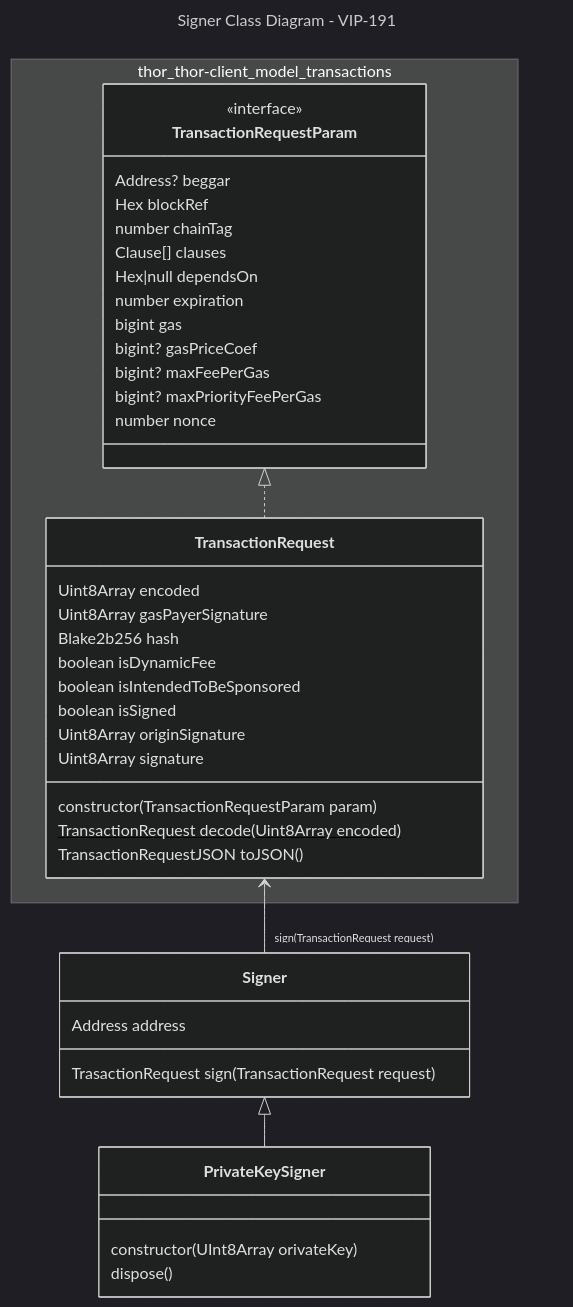
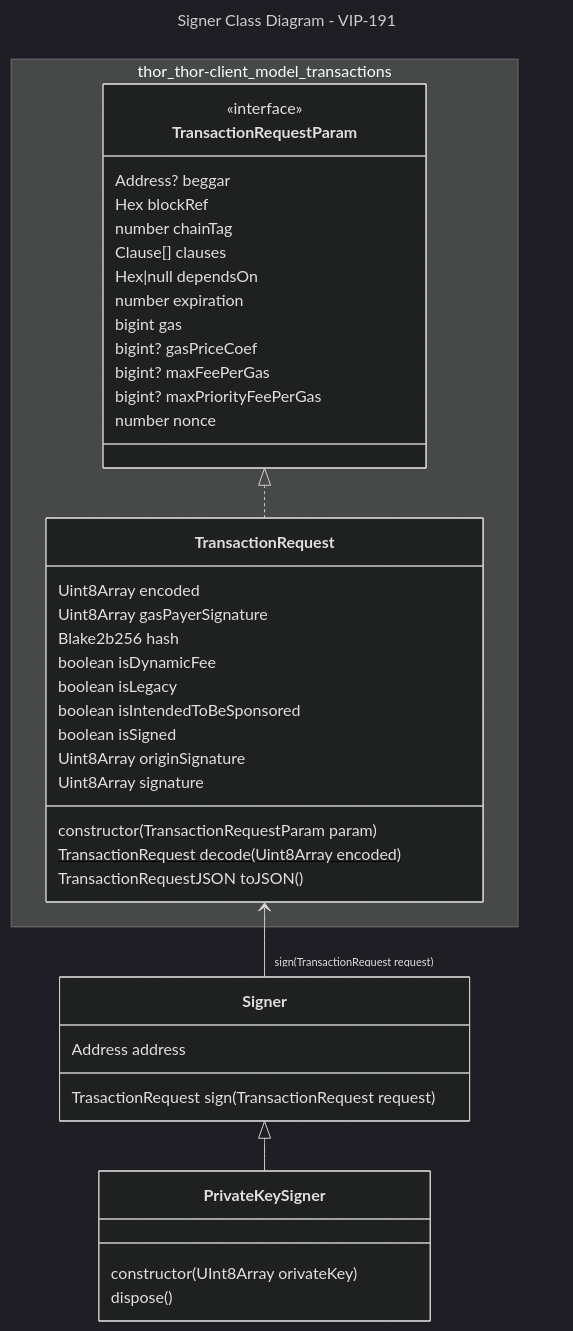
The diagram in docs/thorest/thor/signer/signer_class.mmd (vechain/vechain-sdk-js), drawn with Mermaid (dark theme) before and after one commit. The commit also changed 3 other files, not shown here.

```diff
--- a/docs/thorest/thor/signer/signer_class.mmd
+++ b/docs/thorest/thor/signer/signer_class.mmd
@@ -1,44 +1,45 @@
 ---
 title: Signer Class Diagram - VIP-191
 ---
 classDiagram
     namespace thor_thor-client_model_transactions {
         class TransactionRequest {
             constructor(TransactionRequestParam param)
             Uint8Array encoded
             Uint8Array gasPayerSignature
             Blake2b256 hash
             boolean isDynamicFee
+            boolean isLegacy
             boolean isIntendedToBeSponsored
             boolean isSigned
             Uint8Array originSignature
             Uint8Array signature
             TransactionRequest decode(Uint8Array encoded)$
             TransactionRequestJSON toJSON()
         }
         class TransactionRequestParam {
             <<interface>>
             Address? beggar
             Hex blockRef
             number chainTag
             Clause[] clauses
             Hex|null dependsOn
             number expiration
             bigint gas
             bigint? gasPriceCoef
             bigint? maxFeePerGas
             bigint? maxPriorityFeePerGas
             number nonce
         }
     }
     class Signer {
         Address address
         TrasactionRequest sign(TransactionRequest request)
     }
     class PrivateKeySigner {
         constructor(UInt8Array orivateKey)
         dispose()
     }
     Signer <|-- PrivateKeySigner
     TransactionRequestParam <|.. TransactionRequest
     TransactionRequest <-- "sign(TransactionRequest request)" Signer
```
